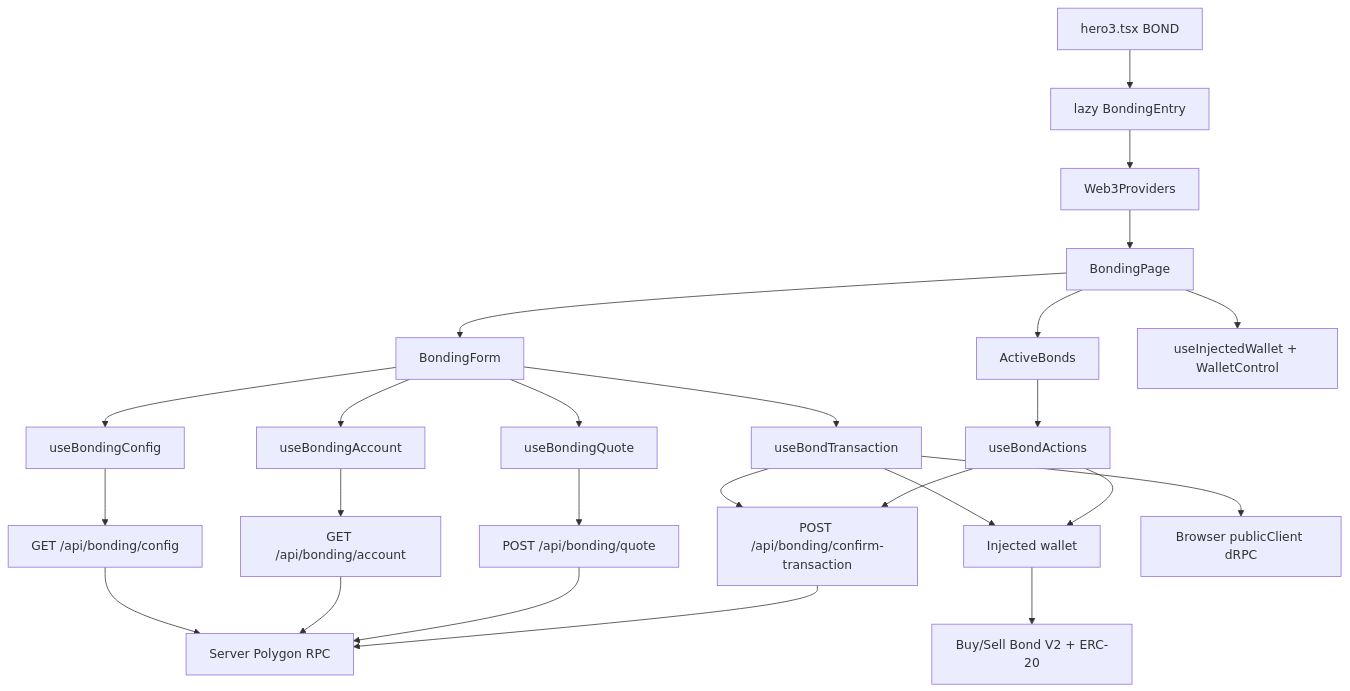
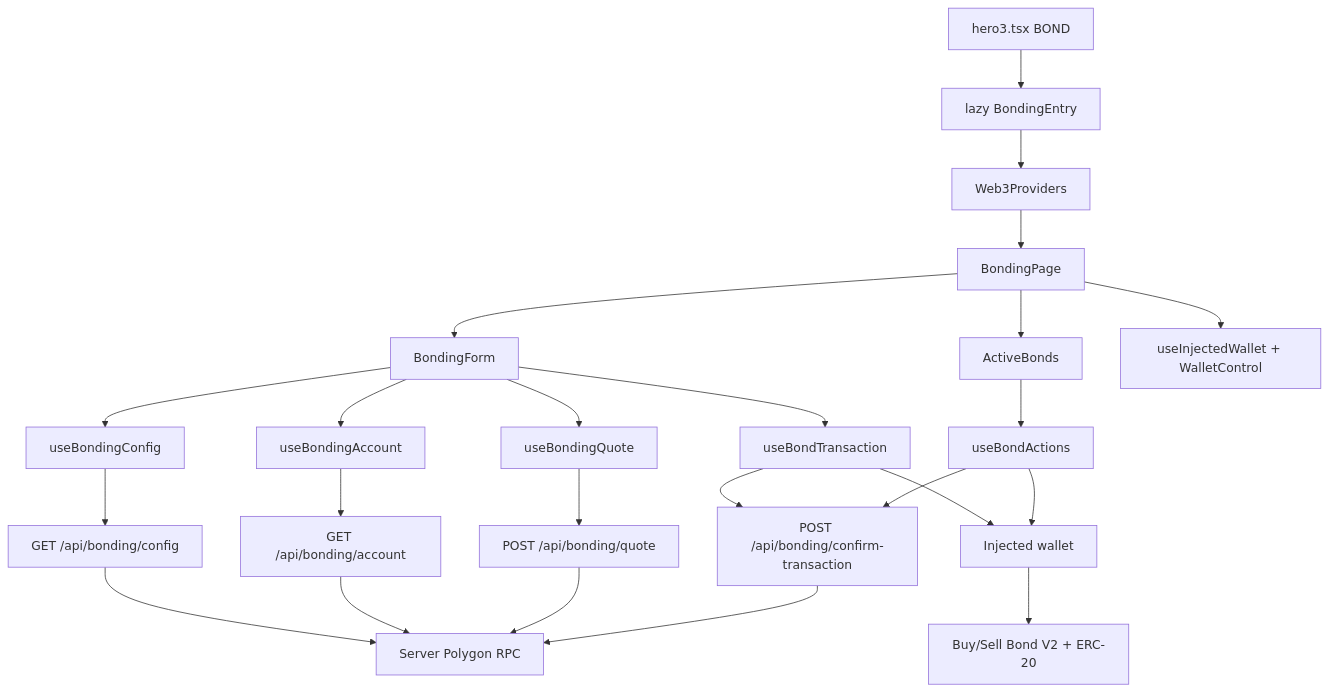
One commit to lx-production/prana-stats-revamp changed the first of 2 diagrams in docs/bonding-technical-overview.md. Above: the diagram before and after it, drawn with Mermaid. The commit also changed other lines of this file and 10 other files, not shown here.

Commit message:
Refactor Bonding transaction flow by removing explicit simulation calls for write actions, streamlining the process and aligning with staking patterns.

````diff
--- a/docs/bonding-technical-overview.md
+++ b/docs/bonding-technical-overview.md
@@ -45,31 +45,30 @@
 ```mermaid
 flowchart TD
   hero["hero3.tsx BOND"] --> lazyEntry["lazy BondingEntry"]
   lazyEntry --> providers["Web3Providers"]
   providers --> page["BondingPage"]
   page --> form["BondingForm"]
   page --> active["ActiveBonds"]
   page --> wallet["useInjectedWallet + WalletControl"]
 
   form --> configHook["useBondingConfig"]
   form --> accountHook["useBondingAccount"]
   form --> quoteHook["useBondingQuote"]
   form --> txHook["useBondTransaction"]
   active --> claimHook["useBondActions"]
 
   configHook --> configApi["GET /api/bonding/config"]
   accountHook --> accountApi["GET /api/bonding/account"]
   quoteHook --> quoteApi["POST /api/bonding/quote"]
   txHook --> confirmApi["POST /api/bonding/confirm-transaction"]
   claimHook --> confirmApi
 
   configApi --> serverRpc["Server Polygon RPC"]
   accountApi --> serverRpc
   quoteApi --> serverRpc
   confirmApi --> serverRpc
 
   txHook --> injected["Injected wallet"]
   claimHook --> injected
-  txHook --> publicRpc["Browser publicClient dRPC"]
   injected --> chain["Buy/Sell Bond V2 + ERC-20"]
 ```
````
